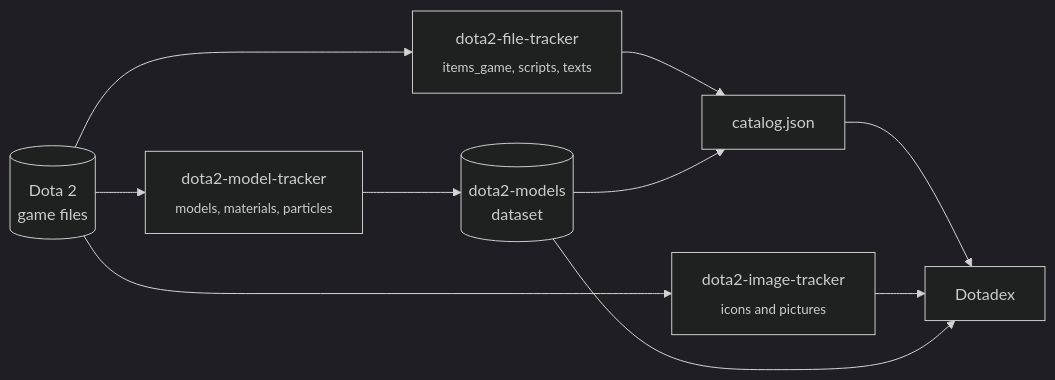
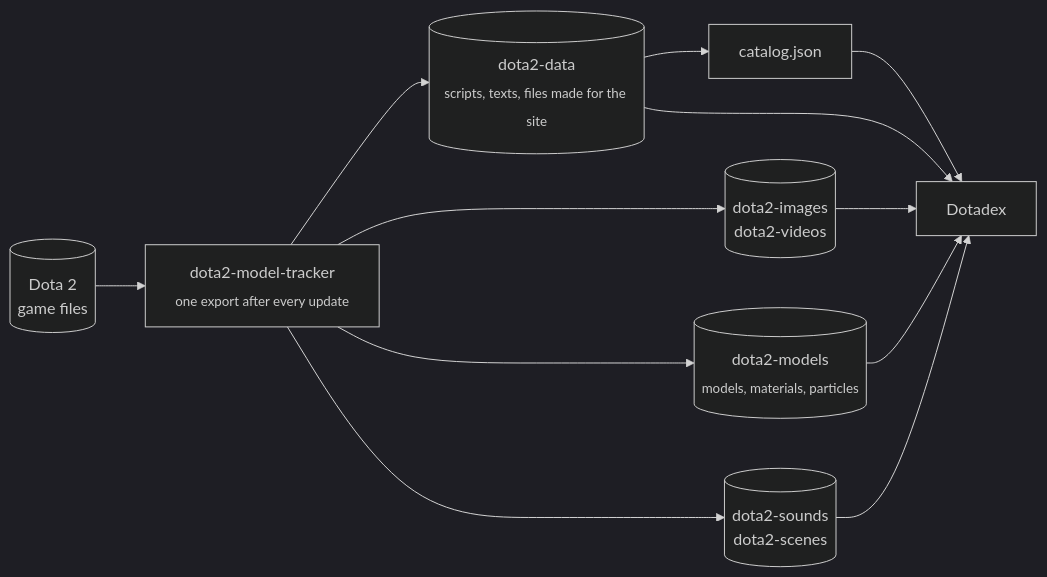
One commit to S1nuxoff/Dotadex changed the diagram in README.md. Above: the diagram before and after it, drawn with Mermaid (dark theme). The commit also changed other lines of this file, not shown here.

Commit message:
README: the datasets the site reads now (dota2-data, dota2-images, dota2-videos, ...) instead of the archived file and image trackers; portraits from dota2-images

````diff
--- a/README.md
+++ b/README.md
@@ -80,12 +80,14 @@
 ```mermaid
 flowchart LR
-    G[("Dota 2<br/>game files")] --> F["dota2-file-tracker<br/><sub>items_game, scripts, texts</sub>"]
-    G --> I["dota2-image-tracker<br/><sub>icons and pictures</sub>"]
-    G --> M["dota2-model-tracker<br/><sub>models, materials, particles</sub>"]
-    M --> D[("dota2-models<br/>dataset")]
-    F --> C["catalog.json"]
-    D --> C
+    G[("Dota 2<br/>game files")] --> T["dota2-model-tracker<br/><sub>one export after every update</sub>"]
+    T --> DA[("dota2-data<br/><sub>scripts, texts, files made for the site</sub>")]
+    T --> IM[("dota2-images<br/>dota2-videos")]
+    T --> MO[("dota2-models<br/><sub>models, materials, particles</sub>")]
+    T --> SO[("dota2-sounds<br/>dota2-scenes")]
+    DA --> C["catalog.json"]
     C --> S["Dotadex"]
-    I --> S
-    D --> S
+    DA --> S
+    IM --> S
+    MO --> S
+    SO --> S
 ```
````
